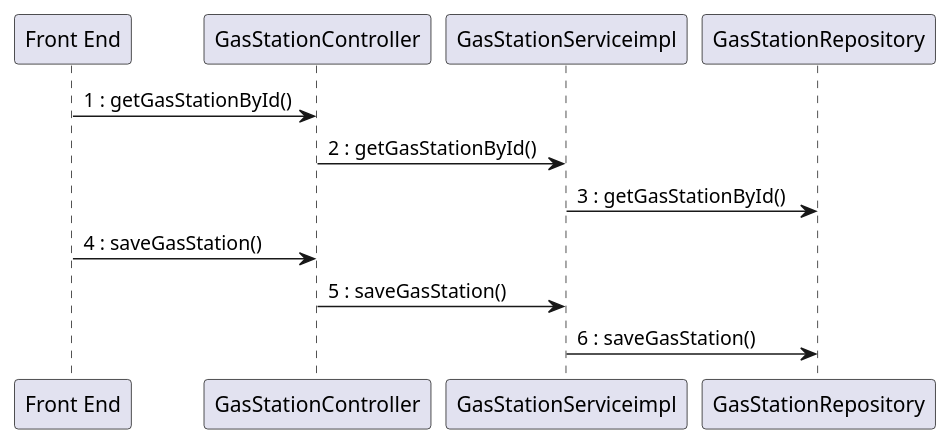
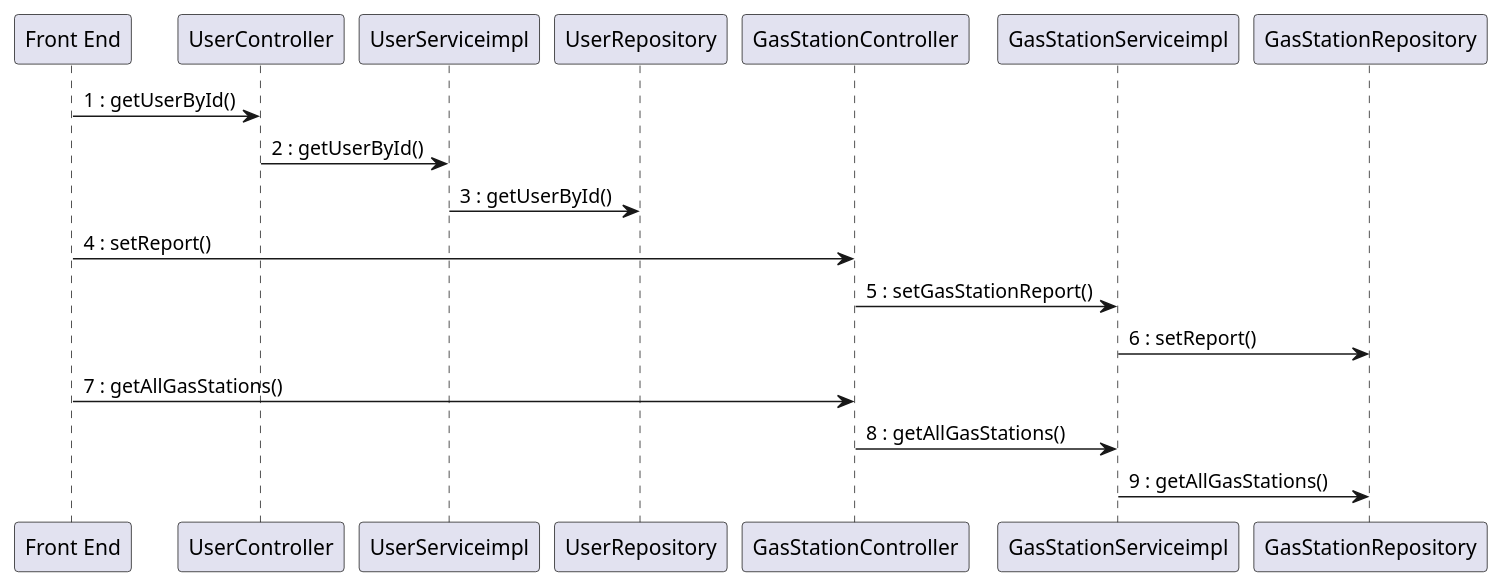
One commit to mosTavassoli/ezgas changed diagram 11 of 15 in docs/DesignDocument.md. Above: the diagram before and after it, drawn with PlantUML. The commit also changed other lines of this file, not shown here.

Commit message:
docs(DesignDocument): update verification sequence diagrams

````diff
--- a/docs/DesignDocument.md
+++ b/docs/DesignDocument.md
@@ -410,16 +410,22 @@
 ```plantuml
-"Front End" -> GasStationController:1 : getGasStationById()
+"Front End" -> UserController:1 : getUserById()
 
-GasStationController -> GasStationServiceimpl:2 : getGasStationById()
+UserController -> UserServiceimpl:2 : getUserById()
 
-GasStationServiceimpl -> GasStationRepository:3 : getGasStationById()
+UserServiceimpl -> UserRepository:3 : getUserById()
+
+"Front End" -> GasStationController:4 : setReport()
+
+GasStationController -> GasStationServiceimpl:5 : setGasStationReport()
+
+GasStationServiceimpl -> GasStationRepository:6 : setReport()
 
 
-"Front End" -> GasStationController:4 : saveGasStation()
+"Front End" -> GasStationController:7 : getAllGasStations()
 
-GasStationController -> GasStationServiceimpl:5 : saveGasStation()
+GasStationController -> GasStationServiceimpl:8 : getAllGasStations()
 
-GasStationServiceimpl -> GasStationRepository:6 : saveGasStation()
+GasStationServiceimpl -> GasStationRepository:9 : getAllGasStations()
 
 
 ```
````
